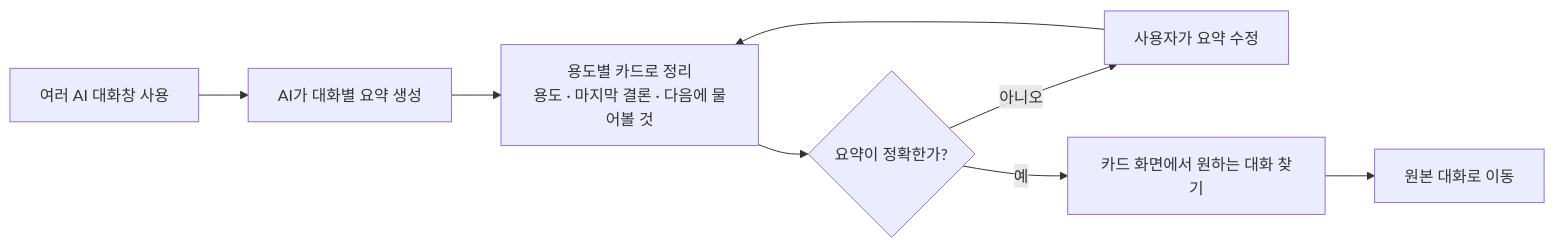
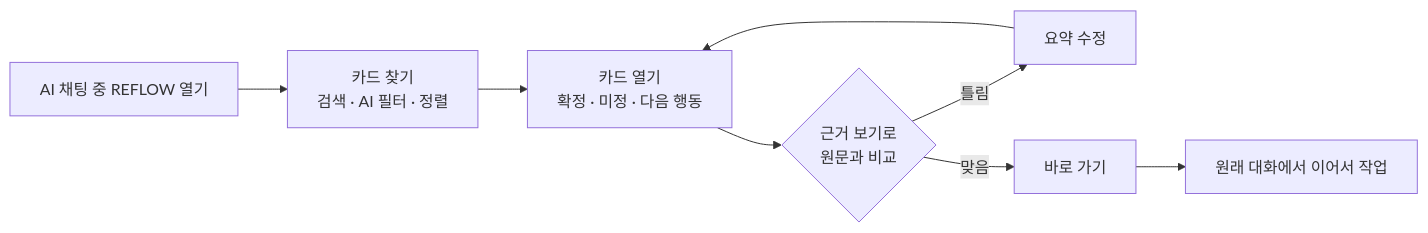
Before and after one commit to hoholro/Reflow-Service: the diagram in README.md, drawn with Mermaid. The commit also changed other lines of this file, not shown here.

````diff
--- a/README.md
+++ b/README.md
@@ -78,10 +89,10 @@
 ```mermaid
 flowchart LR
-    A[여러 AI 대화창 사용] --> B[AI가 대화별 요약 생성]
-    B --> C[용도별 카드로 정리<br/>용도 · 마지막 결론 · 다음에 물어볼 것]
-    C --> D{요약이 정확한가?}
-    D -- 아니오 --> E[사용자가 요약 수정]
+    A[AI 채팅 중 REFLOW 열기] --> B[카드 찾기<br/>검색 · AI 필터 · 정렬]
+    B --> C[카드 열기<br/>확정 · 미정 · 다음 행동]
+    C --> D{근거 보기로<br/>원문과 비교}
+    D -- 틀림 --> E[요약 수정]
     E --> C
-    D -- 예 --> F[카드 화면에서 원하는 대화 찾기]
-    F --> G[원본 대화로 이동]
+    D -- 맞음 --> F[바로 가기]
+    F --> G[원래 대화에서 이어서 작업]
 ```
````
